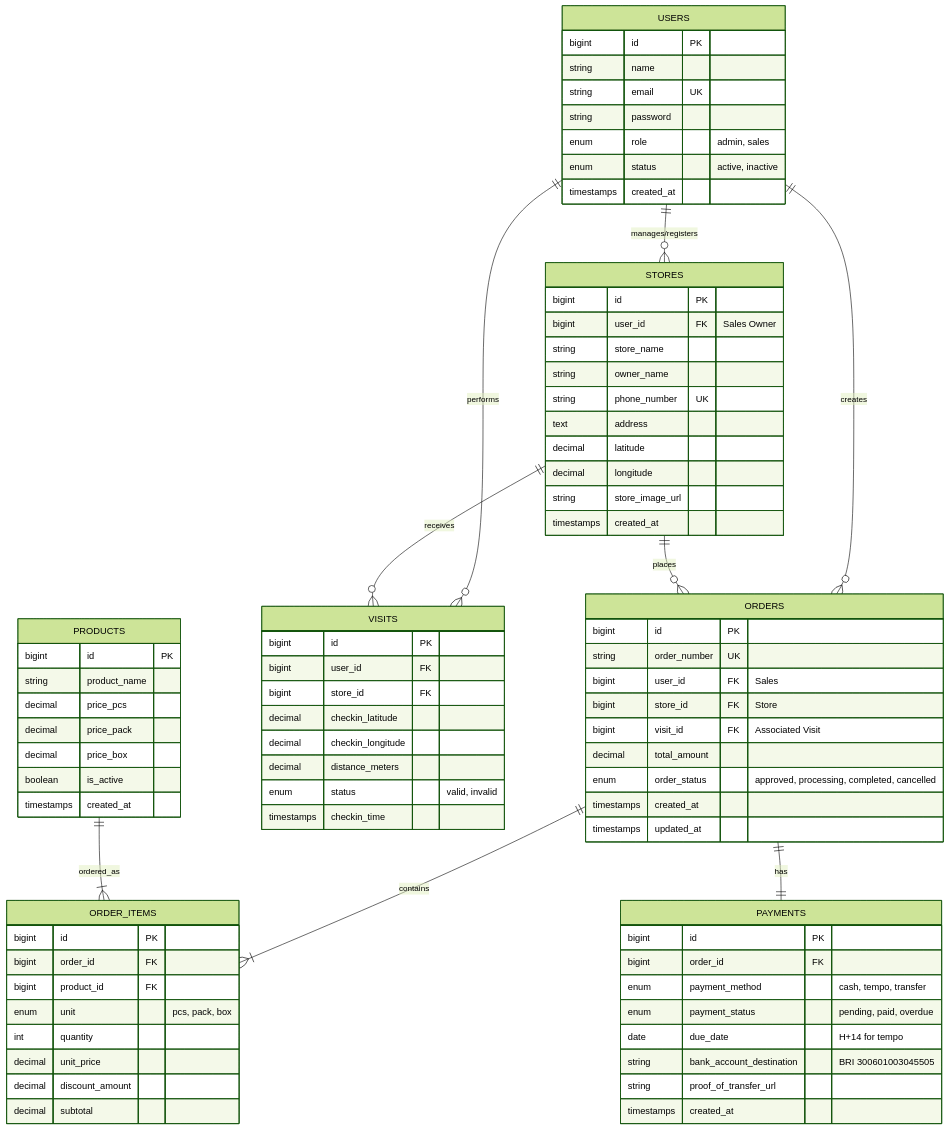
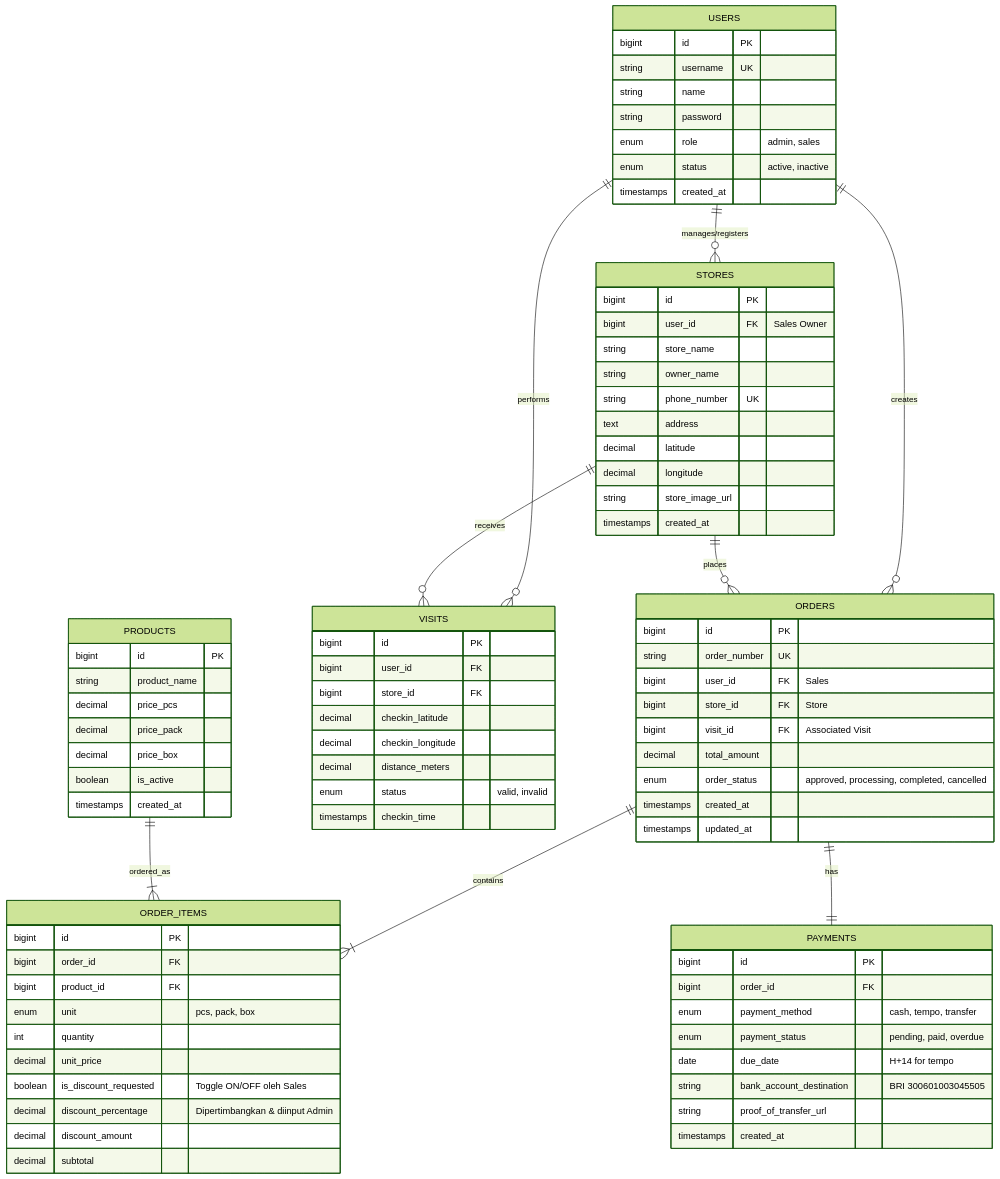
The third of 3 diagrams in docs/SRS_M21_Sales_App.md (tikodjati/M21-Sales-App), drawn with Mermaid (forest theme) before and after one commit. The commit also changed other lines of this file and 1 other file, not shown here.

```diff
--- a/docs/SRS_M21_Sales_App.md
+++ b/docs/SRS_M21_Sales_App.md
@@ -230,8 +237,8 @@
 
     USERS {
         bigint id PK
+        string username UK
         string name
-        string email UK
         string password
         enum role "admin, sales"
         enum status "active, inactive"
@@ -291,6 +298,8 @@
         enum unit "pcs, pack, box"
         int quantity
         decimal unit_price
+        boolean is_discount_requested "Toggle ON/OFF oleh Sales"
+        decimal discount_percentage "Dipertimbangkan & diinput Admin"
         decimal discount_amount
         decimal subtotal
     }
```
